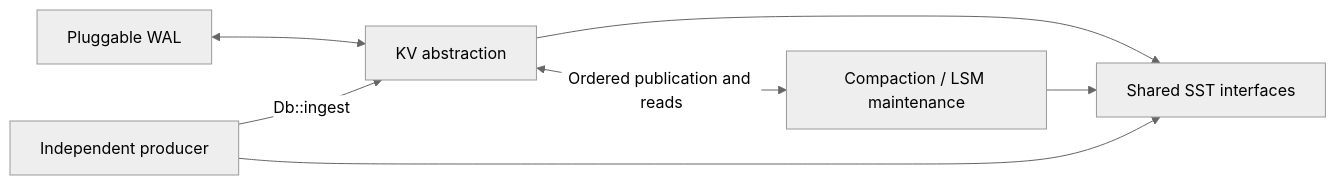
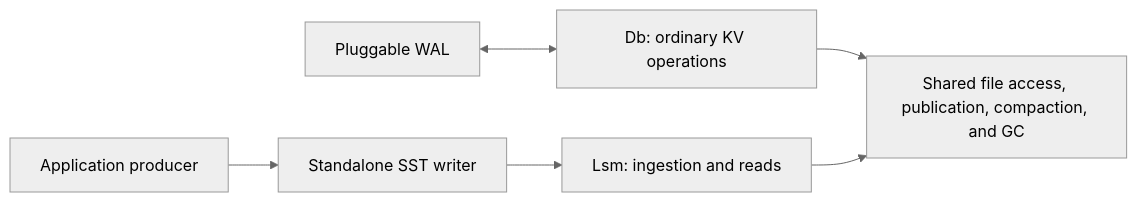
Before and after one commit to slatedb/slatedb: the diagram in rfcs/0035-sst-writer-and-ingestion.md, drawn with Mermaid (neutral theme). The commit also changed other lines of this file, not shown here.

Commit message:
docs: define ingestion-only Lsm RFC

````diff
--- a/rfcs/0035-sst-writer-and-ingestion.md
+++ b/rfcs/0035-sst-writer-and-ingestion.md
@@ -77,9 +89,8 @@
 ```mermaid
 flowchart LR
-    W[Pluggable WAL] <--> K[KV abstraction]
-    K <-->|Ordered publication and reads| L[Compaction / LSM maintenance]
-    K --> S[Shared SST interfaces]
-    L --> S
-    E[Independent producer] --> S
-    E -->|Db::ingest| K
+    W[Pluggable WAL] <--> D[Db: ordinary KV operations]
+    P[Application producer] --> S[Standalone SST writer]
+    S --> L[Lsm: ingestion and reads]
+    D --> M[Shared file access, publication, compaction, and GC]
+    L --> M
 ```
````
